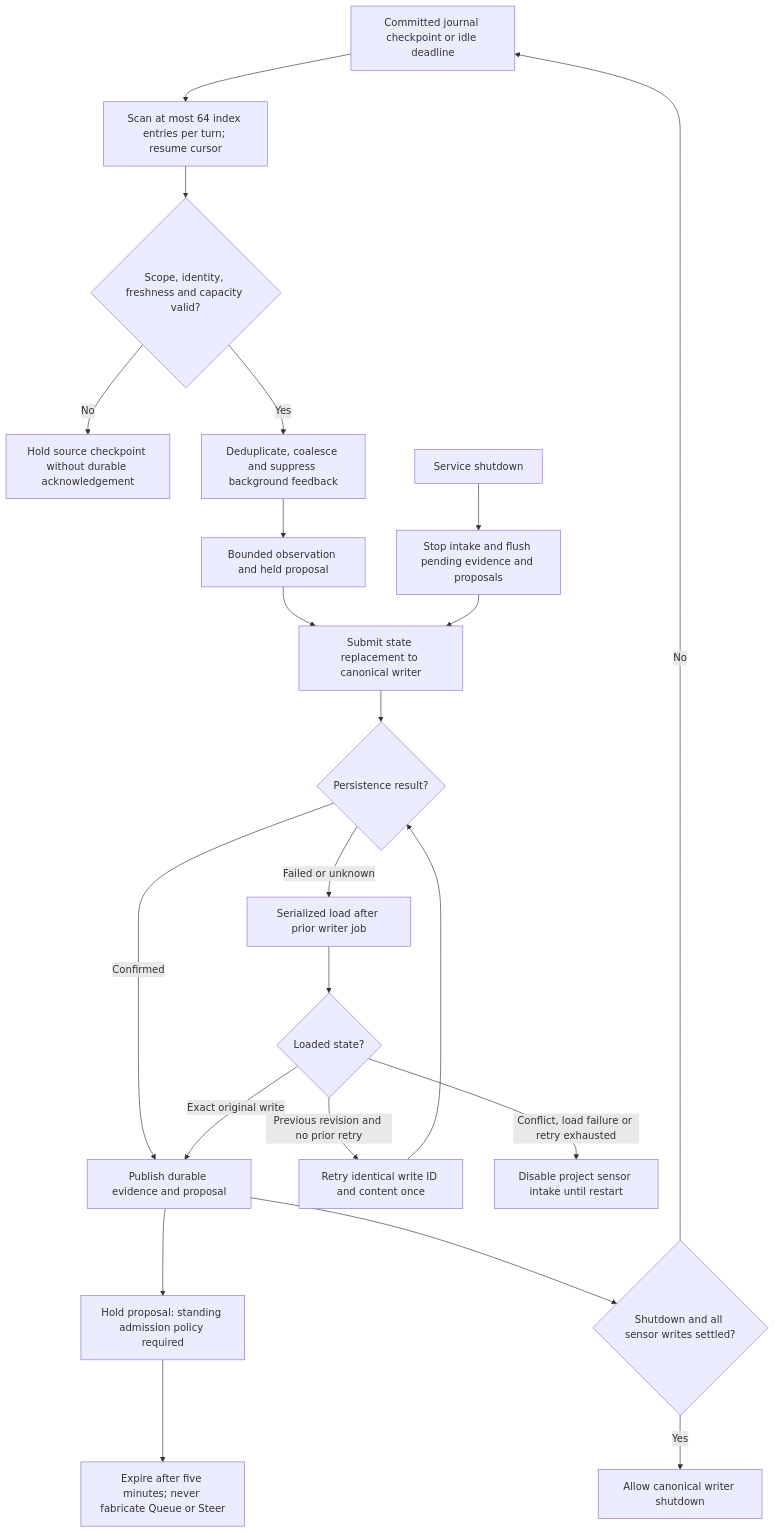
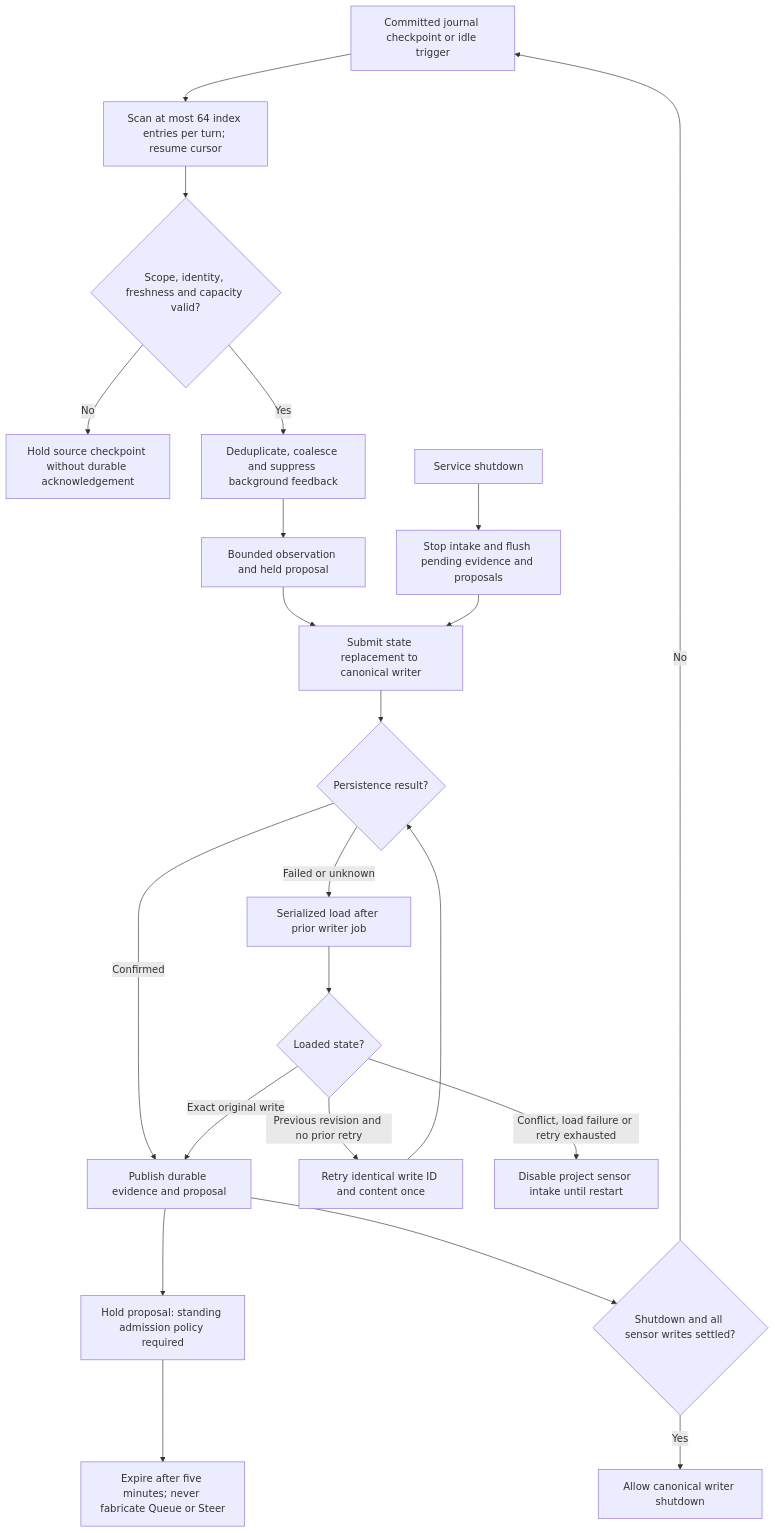
The seventh of 11 diagrams in docs/designs/sensors.md (pidster/asura), drawn with Mermaid before and after one commit. The commit also changed other lines of this file and 39 other files, not shown here.

````diff
--- a/docs/designs/sensors.md
+++ b/docs/designs/sensors.md
@@ -487,25 +499,25 @@
 ```mermaid
 flowchart TD
-    Source[Committed journal checkpoint or idle deadline] --> Scan[Scan at most 64 index entries per turn; resume cursor]
+    Source[Committed journal checkpoint or idle trigger] --> Scan[Scan at most 64 index entries per turn; resume cursor]
     Scan --> Validate{Scope, identity, freshness and capacity valid?}
     Validate -->|No| Reject[Hold source checkpoint without durable acknowledgement]
     Validate -->|Yes| Triage[Deduplicate, coalesce and suppress background feedback]
     Triage --> Candidate[Bounded observation and held proposal]
     Candidate --> Write[Submit state replacement to canonical writer]
     Write --> Result{Persistence result?}
     Result -->|Confirmed| Publish[Publish durable evidence and proposal]
     Result -->|Failed or unknown| Reconcile[Serialized load after prior writer job]
     Reconcile --> Found{Loaded state?}
     Found -->|Exact original write| Publish
     Found -->|Previous revision and no prior retry| Retry[Retry identical write ID and content once]
     Retry --> Result
     Found -->|Conflict, load failure or retry exhausted| Suspend[Disable project sensor intake until restart]
     Publish --> Gate[Hold proposal: standing admission policy required]
     Gate --> Expiry[Expire after five minutes; never fabricate Queue or Steer]
     Stop[Service shutdown] --> Flush[Stop intake and flush pending evidence and proposals]
     Flush --> Write
     Publish --> Done{Shutdown and all sensor writes settled?}
     Done -->|Yes| Close[Allow canonical writer shutdown]
     Done -->|No| Source
 
 ```
````
